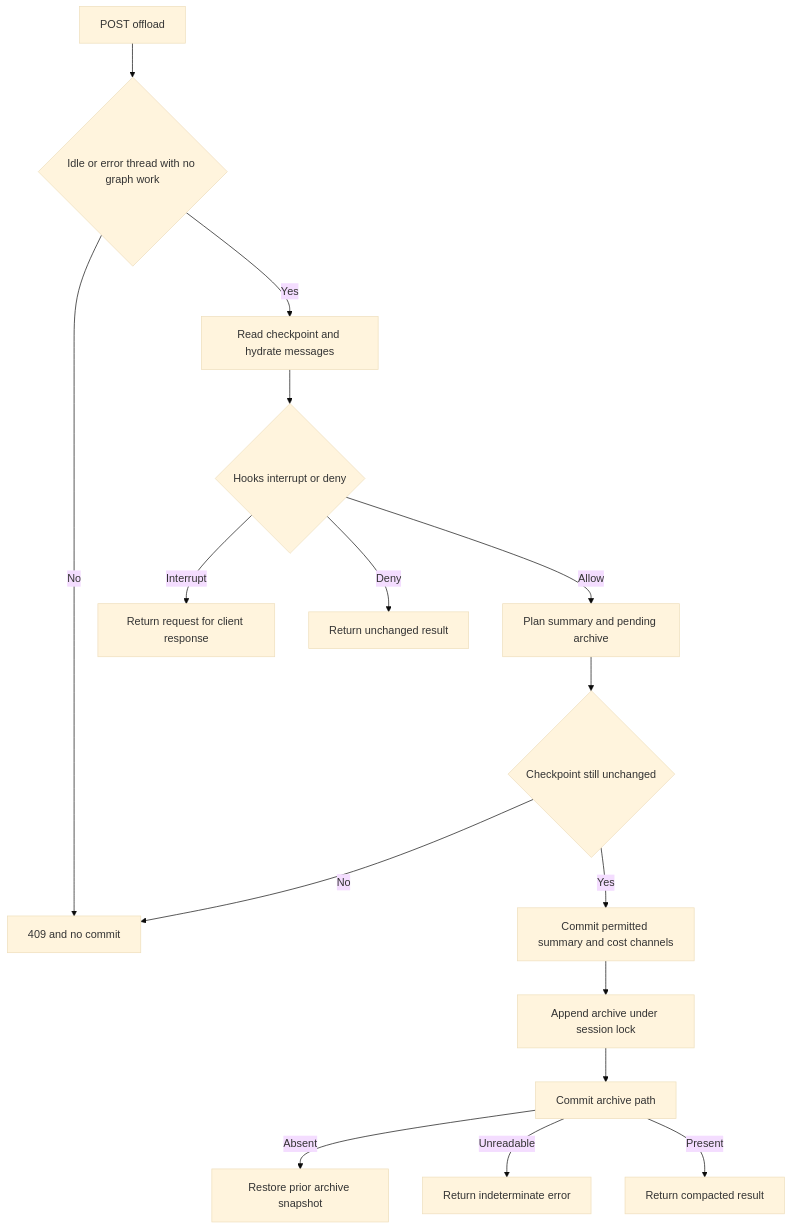
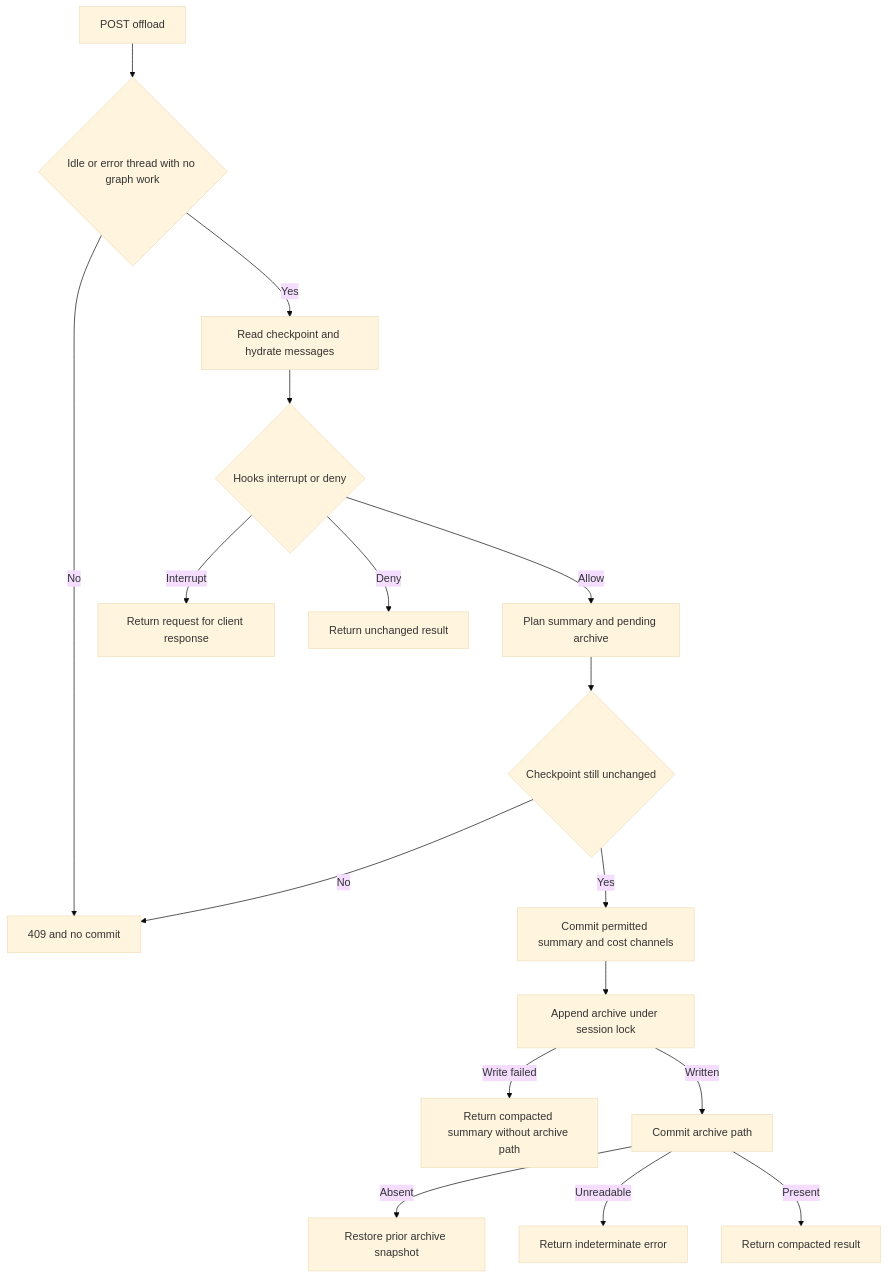
One commit to langchain-ai/deepagents changed the second of 2 diagrams in openwiki/concepts/context-management.md. Above: the diagram before and after it, drawn with Mermaid (base theme). The commit also changed other lines of this file and 34 other files, not shown here.

````diff
--- a/openwiki/concepts/context-management.md
+++ b/openwiki/concepts/context-management.md
@@ -95,18 +75,19 @@
 ```mermaid
 flowchart TD
     Start["POST offload"] --> Ready{"Idle or error thread with no graph work"}
     Ready -->|No| Conflict["409 and no commit"]
     Ready -->|Yes| Hydrate["Read checkpoint and hydrate messages"]
     Hydrate --> Hooks{"Hooks interrupt or deny"}
     Hooks -->|Interrupt| Resume["Return request for client response"]
     Hooks -->|Deny| Denied["Return unchanged result"]
     Hooks -->|Allow| Plan["Plan summary and pending archive"]
     Plan --> Check{"Checkpoint still unchanged"}
     Check -->|No| Conflict
     Check -->|Yes| Reserve["Commit permitted summary and cost channels"]
     Reserve --> Append["Append archive under session lock"]
-    Append --> Link["Commit archive path"]
+    Append -->|Write failed| SummaryOnly["Return compacted summary without archive path"]
+    Append -->|Written| Link["Commit archive path"]
     Link -->|Absent| Rollback["Restore prior archive snapshot"]
     Link -->|Unreadable| Unknown["Return indeterminate error"]
     Link -->|Present| Done["Return compacted result"]
 ```
````
